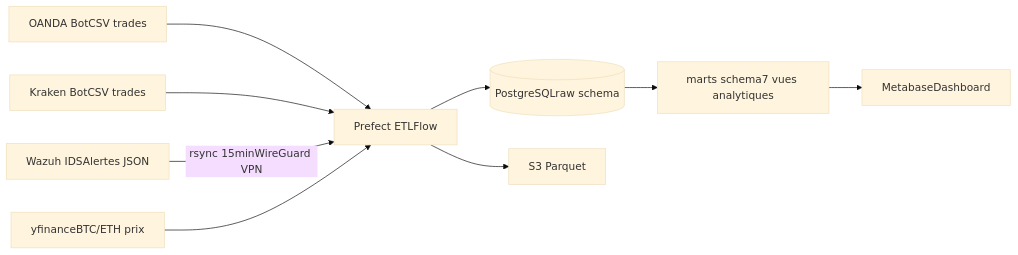
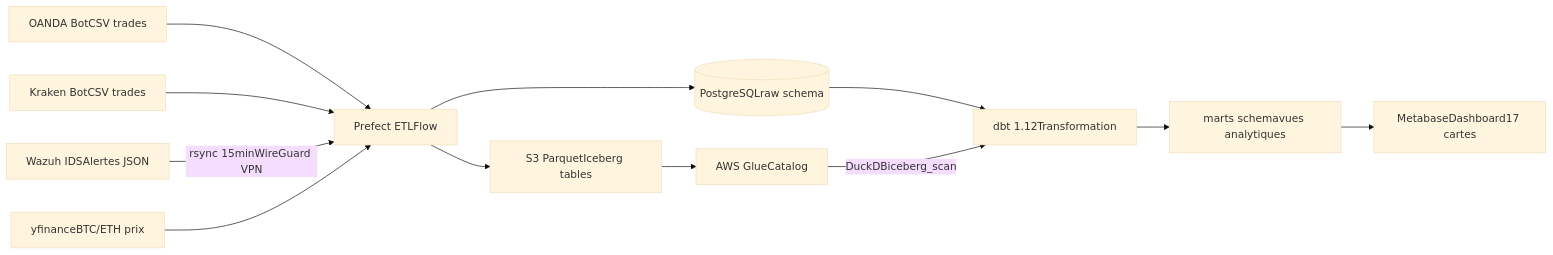
The diagram in README.md (Luisbuilds-data/algo-trading-etl-), drawn with Mermaid (base theme) before and after one commit. The commit also changed other lines of this file, not shown here.

Commit message:
docs: update README — add Iceberg lakehouse + dbt to stack

````diff
--- a/README.md
+++ b/README.md
@@ -19,11 +19,14 @@
 ```mermaid
 graph LR
     A[OANDA BotCSV trades] --> C[Prefect ETLFlow]
     B[Kraken BotCSV trades] --> C
     D[Wazuh IDSAlertes JSON] -->|rsync 15minWireGuard VPN| C
     E[yfinanceBTC/ETH prix] --> C
     C --> F[(PostgreSQLraw schema)]
-    C --> G[S3 Parquet<your-s3-bucket>]
-    F --> H[marts schema7 vues analytiques]
-    H --> I[MetabaseDashboard]
+    C --> G[S3 ParquetIceberg tables]
+    G --> GB[AWS GlueCatalog]
+    F --> H[dbt 1.12Transformation]
+    GB -->|DuckDBiceberg_scan| H
+    H --> I[marts schemavues analytiques]
+    I --> J[MetabaseDashboard17 cartes]
 ```
````
